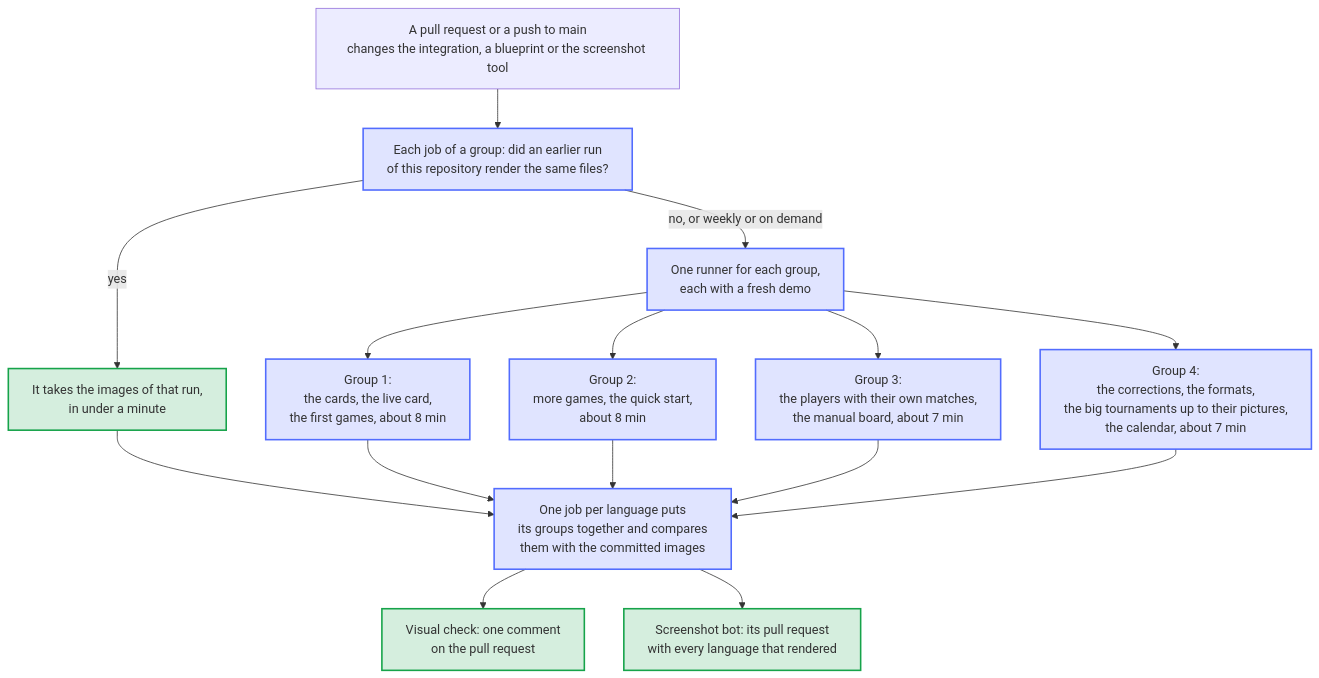
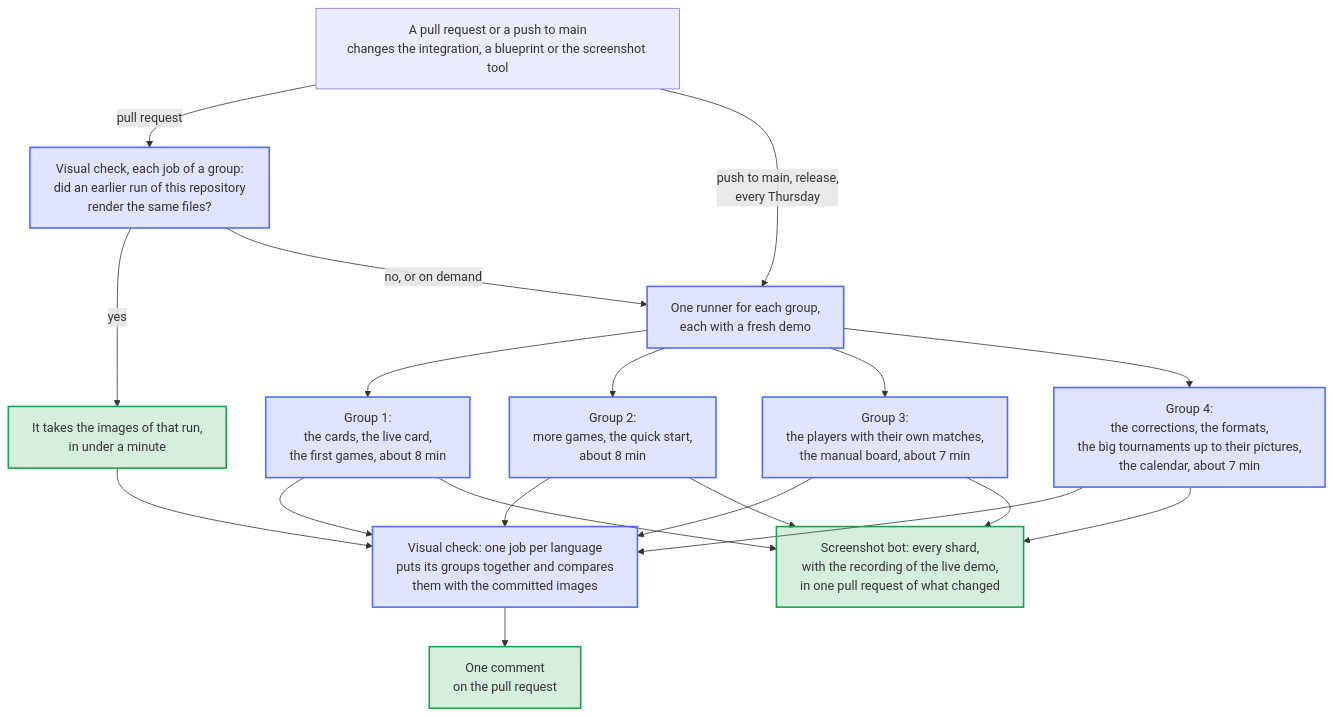
Before and after one commit to Dennis-Otto/homedarts-for-autodarts: the diagram in docs/diagrams/screenshot-groups.en.mmd, drawn with Mermaid. The commit also changed 28 other files, not shown here.

First line of the commit message:
ci: HomeDarts renders its screenshots with the shared screenshot bot (#618)

```diff
--- a/docs/diagrams/screenshot-groups.en.mmd
+++ b/docs/diagrams/screenshot-groups.en.mmd
@@ -1,26 +1,28 @@
 ---
 config:
   flowchart:
     wrappingWidth: 400
 ---
 flowchart TB
   accTitle: How the visual check and the screenshot bot render the images in groups
-  accDescr: Each language renders in four groups at once, each group on a runner of its own. First each job of a group looks for an earlier run of the visual check or of the screenshot bot, on a branch of this repository, that rendered the same files; it takes the images of that run in under a minute. Otherwise it renders them from a fresh demo. The cards and the first games make group 1, more games with the quick start group 2, the players with their own matches and the dartboard without Autodarts group 3, the corrections of a dart, the formats, the big tournaments and the calendar group 4. Then one job per language puts the images of its four groups together and compares them with the committed images. The visual check writes the comparison into one comment on the pull request; the screenshot bot updates its pull request with every language that rendered.
+  accDescr: Each language renders in four groups at once, each group on a runner of its own. For a pull request, each job of a group of the visual check first looks for an earlier run of the visual check, on a branch of this repository, that rendered the same files; it takes the images of that run in under a minute. Otherwise, and in every run of the screenshot bot, each group renders from a fresh demo. The cards and the first games make group 1, more games with the quick start group 2, the players with their own matches and the dartboard without Autodarts group 3, the corrections of a dart, the formats, the big tournaments and the calendar group 4. The visual check puts the four groups of each language together, compares them with the committed images and writes the comparison into one comment on the pull request. The screenshot bot renders each group of each language as a shard, beside the recording of the live demo, and once every shard rendered, it keeps one pull request with every picture that changed.
 
-  START["A pull request or a push to main<br/>changes the integration, a blueprint or the screenshot tool"] --> KEY
-  KEY["Each job of a group: did an earlier run<br/>of this repository render the same files?"]
+  START["A pull request or a push to main<br/>changes the integration, a blueprint or the screenshot tool"]
+  START -->|"pull request"| KEY
+  START -->|"push to main, release,<br/>every Thursday"| RENDER
+  KEY["Visual check, each job of a group:<br/>did an earlier run of this repository<br/>render the same files?"]
   KEY -->|"yes"| TAKE["It takes the images of that run,<br/>in under a minute"]
-  KEY -->|"no, or weekly or on demand"| RENDER["One runner for each group,<br/>each with a fresh demo"]
+  KEY -->|"no, or on demand"| RENDER["One runner for each group,<br/>each with a fresh demo"]
   RENDER --> G1 & G2 & G3 & G4
   G1["Group 1:<br/>the cards, the live card,<br/>the first games, about 8 min"]
   G2["Group 2:<br/>more games, the quick start,<br/>about 8 min"]
   G3["Group 3:<br/>the players with their own matches,<br/>the manual board, about 7 min"]
   G4["Group 4:<br/>the corrections, the formats,<br/>the big tournaments up to their pictures,<br/>the calendar, about 7 min"]
-  TAKE & G1 & G2 & G3 & G4 --> COLLECT["One job per language puts<br/>its groups together and compares<br/>them with the committed images"]
-  COLLECT --> COMMENT["Visual check: one comment<br/>on the pull request"]
-  COLLECT --> BOT["Screenshot bot: its pull request<br/>with every language that rendered"]
+  TAKE & G1 & G2 & G3 & G4 --> COLLECT["Visual check: one job per language<br/>puts its groups together and compares<br/>them with the committed images"]
+  COLLECT --> COMMENT["One comment<br/>on the pull request"]
+  G1 & G2 & G3 & G4 --> BOT["Screenshot bot: every shard,<br/>with the recording of the live demo,<br/>in one pull request of what changed"]
 
   classDef bot fill:#526cfe2e,stroke:#526cfe,stroke-width:2px
   classDef done fill:#16a34a2e,stroke:#16a34a,stroke-width:2px
   class KEY,RENDER,G1,G2,G3,G4,COLLECT bot
   class TAKE,COMMENT,BOT done
```
